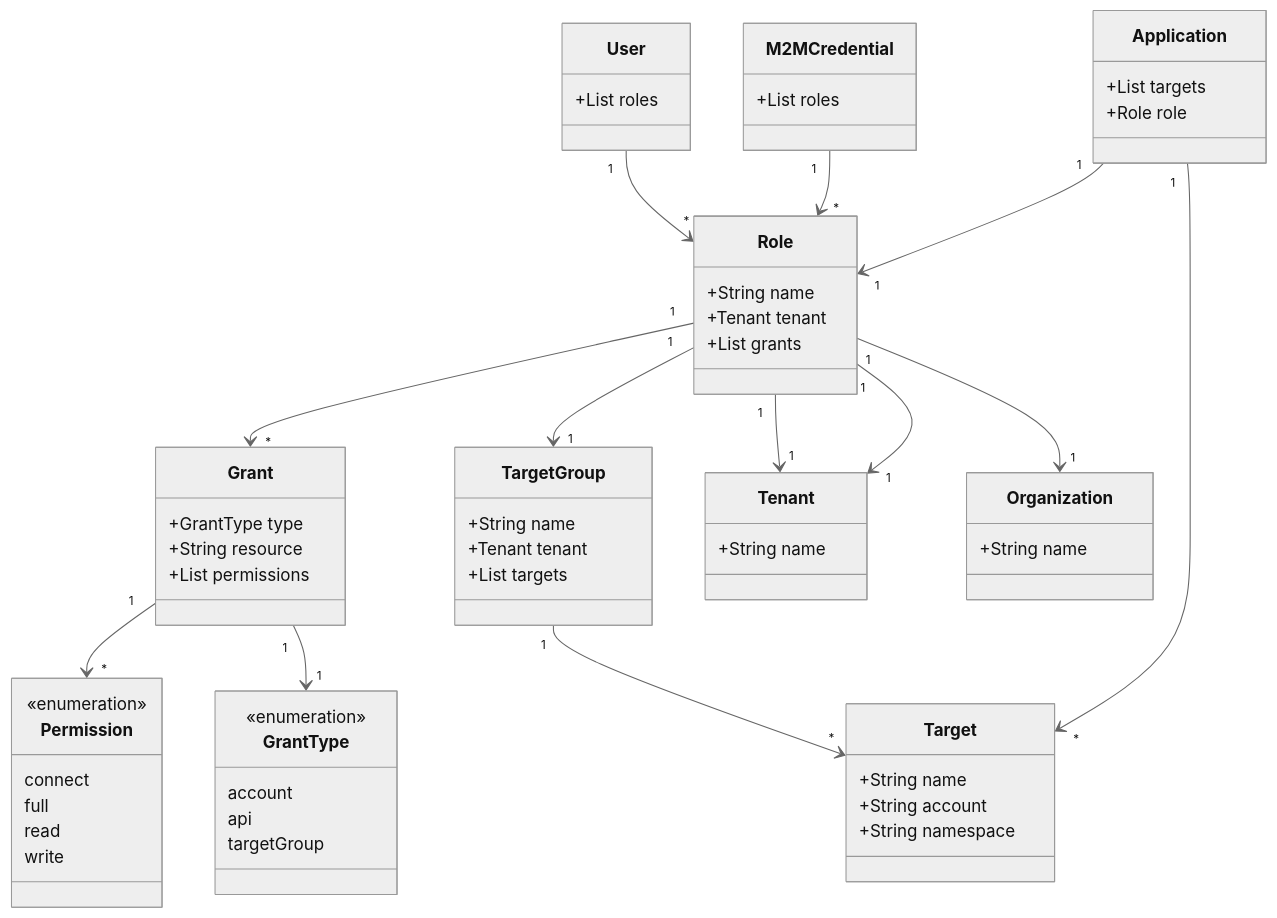
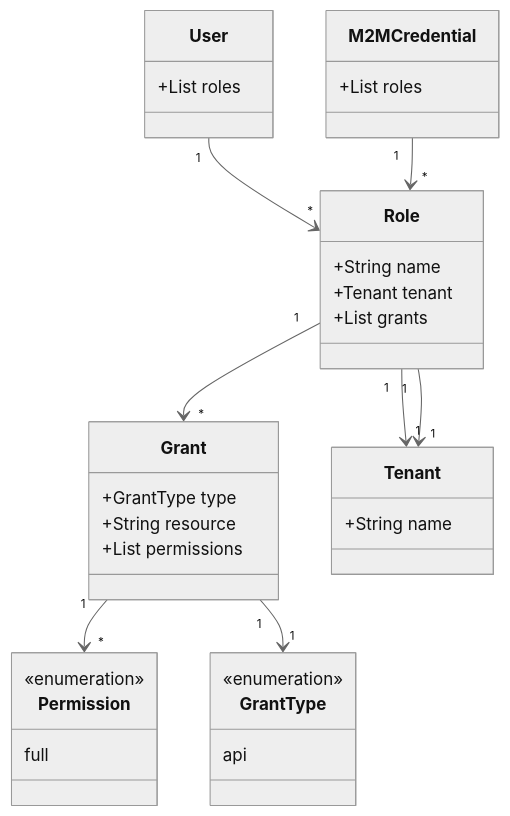
The diagram in content/en/cd-as-a-service/concepts/iam/rbac.md (armory/docs), drawn with Mermaid (neutral theme) before and after one commit. The commit also changed other lines of this file, not shown here.

````diff
--- a/content/en/cd-as-a-service/concepts/iam/rbac.md
+++ b/content/en/cd-as-a-service/concepts/iam/rbac.md
@@ -10,65 +15,38 @@
 ```mermaid
 classDiagram
     class Role {
       +String name
       +Tenant tenant
       +List<Grant> grants
     }
     class Grant {
       +GrantType type
       +String resource
       +List<Permission> permissions
     }
     class GrantType {
       <<enumeration>>
-      account
       api
-      targetGroup
     }
     class Permission {
       <<enumeration>>
-      connect
       full
-      read
-      write
     }
     class User {
       +List<Role> roles
     }
     class M2MCredential {
       +List<Role> roles
     }
-    class TargetGroup {
-      +String name
-      +Tenant tenant
-      +List<Target> targets
-    }
-    class Target {
-      +String name
-      +String account
-      +String namespace
-    }
-    class Application {
-      +List<Target> targets
-      +Role role
-    }
     class Tenant {
-      +String name
-    }
-    class Organization {
       +String name
     }
 
     Role "1" --> "*" Grant
     Grant "1" --> "*" Permission
     Grant "1" --> "1" GrantType
     Role "1" --> "1" Tenant
-    Role "1" --> "1" TargetGroup
-    TargetGroup "1" --> "*" Target
-    Role "1" --> "1" Organization
     Role "1" --> "1" Tenant
     User "1" --> "*" Role
     M2MCredential "1" --> "*" Role
-    Application "1" --> "1" Role
-    Application "1" --> "*" Target
 ```
````
